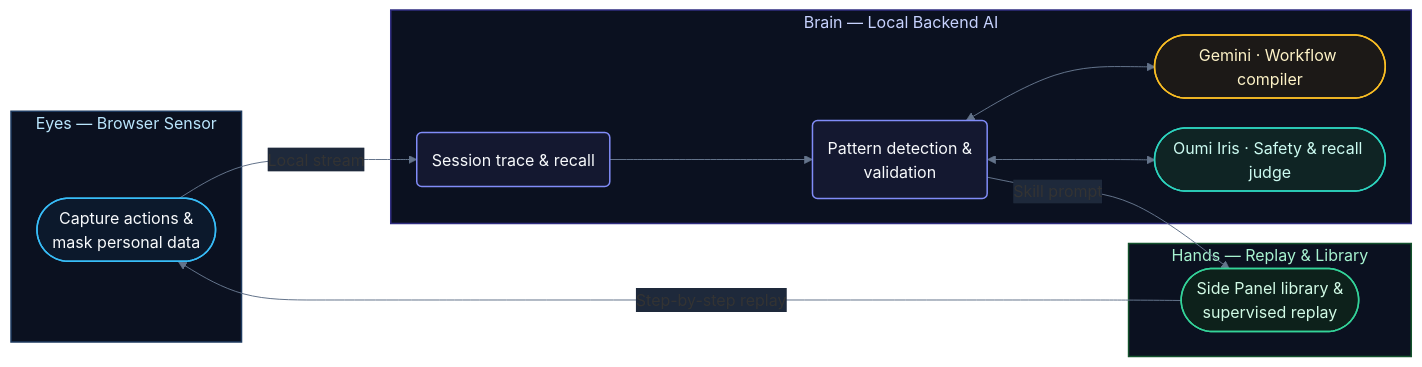
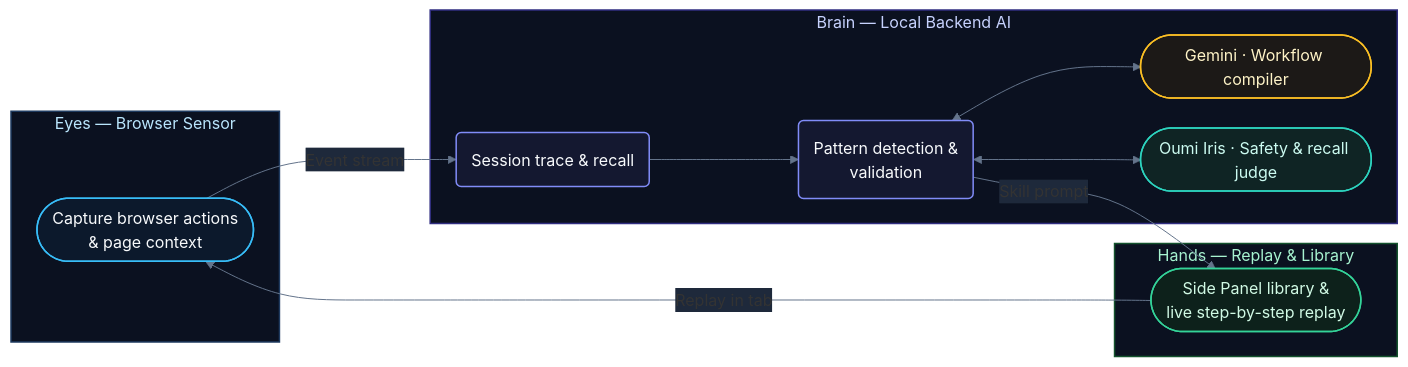
One commit to VasileiosBardakis/GEN_AI_SUMMIT_2026 changed the diagram in README.md. Above: the diagram before and after it, drawn with Mermaid. The commit also changed other lines of this file, not shown here.

````diff
--- a/README.md
+++ b/README.md
@@ -22,35 +26,35 @@
 ```mermaid
 %%{init: {'theme': 'base', 'themeVariables': {'fontFamily': 'ui-sans-serif, system-ui, sans-serif', 'lineColor': '#64748b', 'textColor': '#f1f5f9', 'edgeLabelBackground': '#1e293b'}, 'flowchart': {'curve': 'basis', 'nodeSpacing': 30, 'rankSpacing': 52}}}%%
 flowchart LR
     classDef eyes fill:#0c192c,stroke:#38bdf8,stroke-width:1.5px,color:#f8fafc
     classDef brain fill:#141830,stroke:#818cf8,stroke-width:1.5px,color:#f8fafc
     classDef gemini fill:#1c1917,stroke:#fbbf24,stroke-width:1.5px,color:#fef3c7
     classDef iris fill:#0f2424,stroke:#2dd4bf,stroke-width:1.5px,color:#ccfbf1
     classDef hands fill:#0d211b,stroke:#34d399,stroke-width:1.5px,color:#d1fae5
 
     subgraph S1["Eyes — Browser Sensor"]
-        E(["Capture actions &<br/>mask personal data"]):::eyes
+        E(["Capture browser actions<br/>& page context"]):::eyes
     end
 
     subgraph S2["Brain — Local Backend AI"]
         B1("Session trace & recall"):::brain
         B2("Pattern detection &<br/>validation"):::brain
         M1(["Gemini · Workflow compiler"]):::gemini
         M2(["Oumi Iris · Safety & recall judge"]):::iris
         B1 --> B2
         B2 <--> M1
         B2 <--> M2
     end
 
     subgraph S3["Hands — Replay & Library"]
-        H(["Side Panel library &<br/>supervised replay"]):::hands
+        H(["Side Panel library &<br/>live step-by-step replay"]):::hands
     end
 
-    E -->|Local stream| B1
+    E -->|Event stream| B1
     B2 -->|Skill prompt| H
-    H -->|Step-by-step replay| E
+    H -->|Replay in tab| E
 
     style S1 fill:#0b1120,stroke:#1e3a5f,stroke-width:1.5px,color:#bae6fd
     style S2 fill:#0b1120,stroke:#312e81,stroke-width:1.5px,color:#c7d2fe
     style S3 fill:#0b1120,stroke:#14532d,stroke-width:1.5px,color:#a7f3d0
 ```
````
